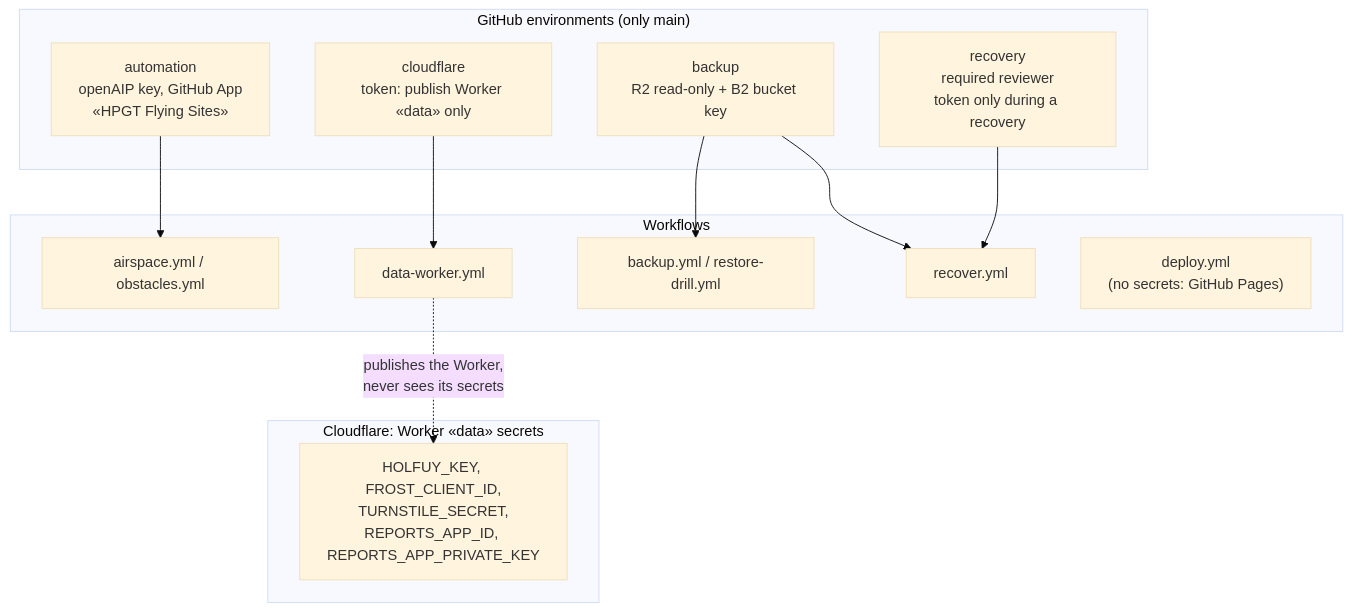
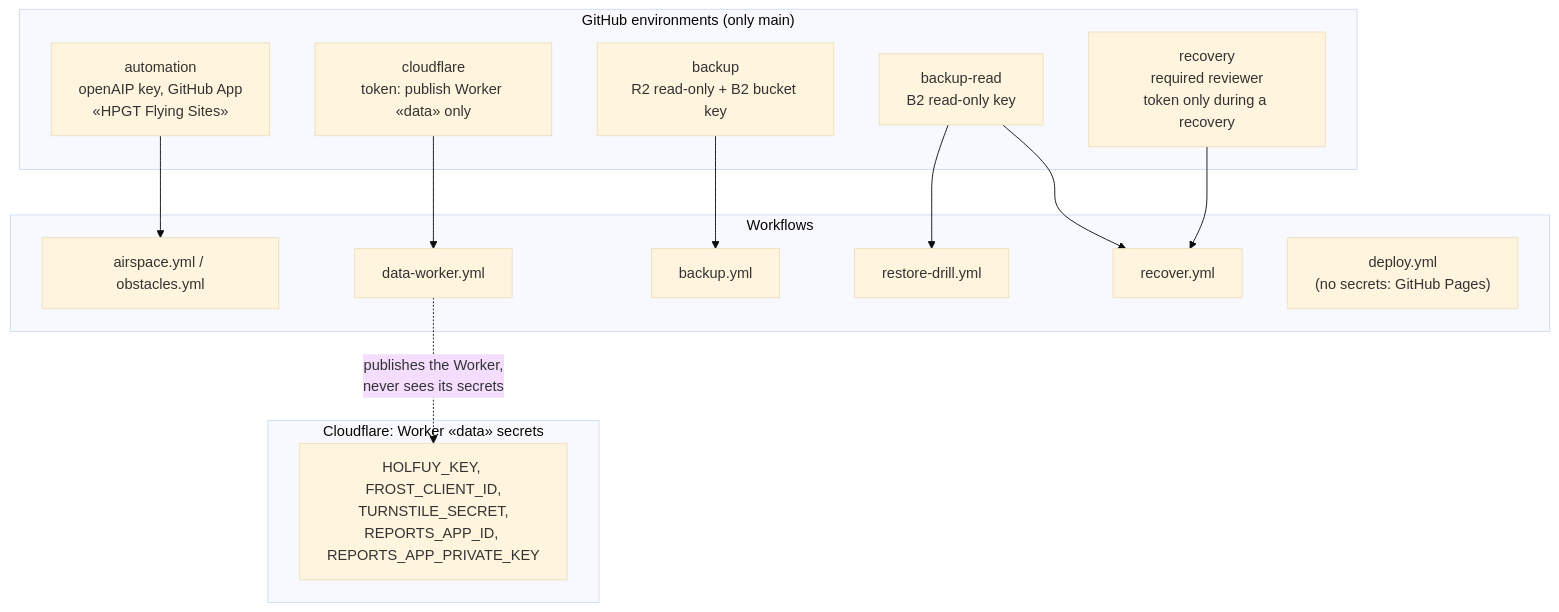
One commit to hpgt-com/flying-sites changed the seventh of 7 diagrams in docs/architecture.md. Above: the diagram before and after it, drawn with Mermaid (base theme). The commit also changed 6 other files, not shown here.

````diff
--- a/docs/architecture.md
+++ b/docs/architecture.md
@@ -379,28 +379,31 @@
 ```mermaid
 flowchart TB
   subgraph envs["GitHub environments (only main)"]
     automation["automation<br/>openAIP key, GitHub App<br/>«HPGT Flying Sites»"]
     cloudflare["cloudflare<br/>token: publish Worker «data» only"]
     backupenv["backup<br/>R2 read-only + B2 bucket key"]
+    backupread["backup-read<br/>B2 read-only key"]
     recovery["recovery<br/>required reviewer<br/>token only during a recovery"]
   end
 
   subgraph wf["Workflows"]
     air["airspace.yml / obstacles.yml"]
     dw["data-worker.yml"]
-    bk["backup.yml / restore-drill.yml"]
+    bk["backup.yml"]
+    drillwf["restore-drill.yml"]
     rc["recover.yml"]
     dep["deploy.yml<br/>(no secrets: GitHub Pages)"]
   end
 
   subgraph cfsecrets["Cloudflare: Worker «data» secrets"]
     s["HOLFUY_KEY, FROST_CLIENT_ID,<br/>TURNSTILE_SECRET,<br/>REPORTS_APP_ID, REPORTS_APP_PRIVATE_KEY"]
   end
 
   automation --> air
   cloudflare --> dw
   backupenv --> bk
-  backupenv --> rc
+  backupread --> drillwf
+  backupread --> rc
   recovery --> rc
   dw -. "publishes the Worker,<br/>never sees its secrets" .-> s
 ```
````
